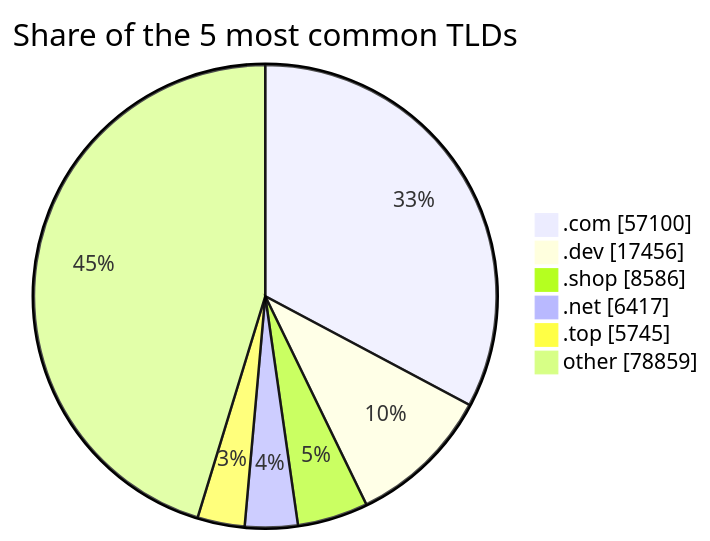
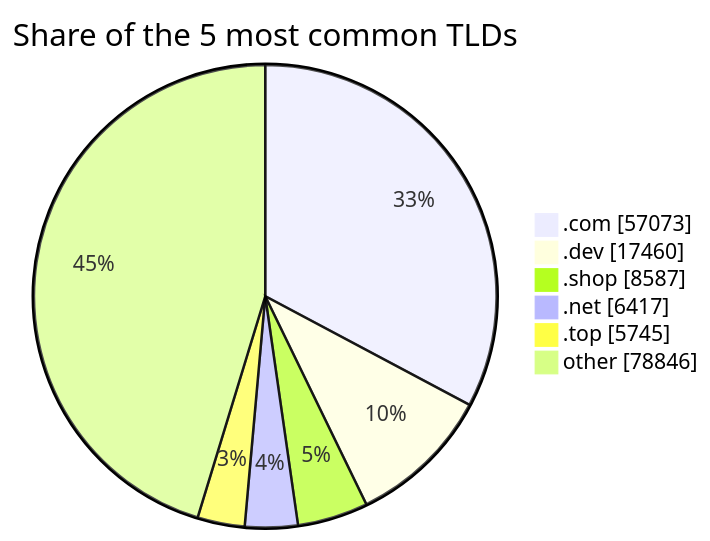
The third of 3 diagrams in README.md (DNSBunker/CTI), drawn with Mermaid before and after one commit. The commit also changed other lines of this file and 3 other files, not shown here.

````diff
--- a/README.md
+++ b/README.md
@@ -81,9 +81,9 @@
 ```mermaid
 pie showData title Share of the 5 most common TLDs
-    ".com" : 57100
-    ".dev" : 17456
-    ".shop" : 8586
+    ".com" : 57073
+    ".dev" : 17460
+    ".shop" : 8587
     ".net" : 6417
     ".top" : 5745
-    "other" : 78859
+    "other" : 78846
 ```
````
